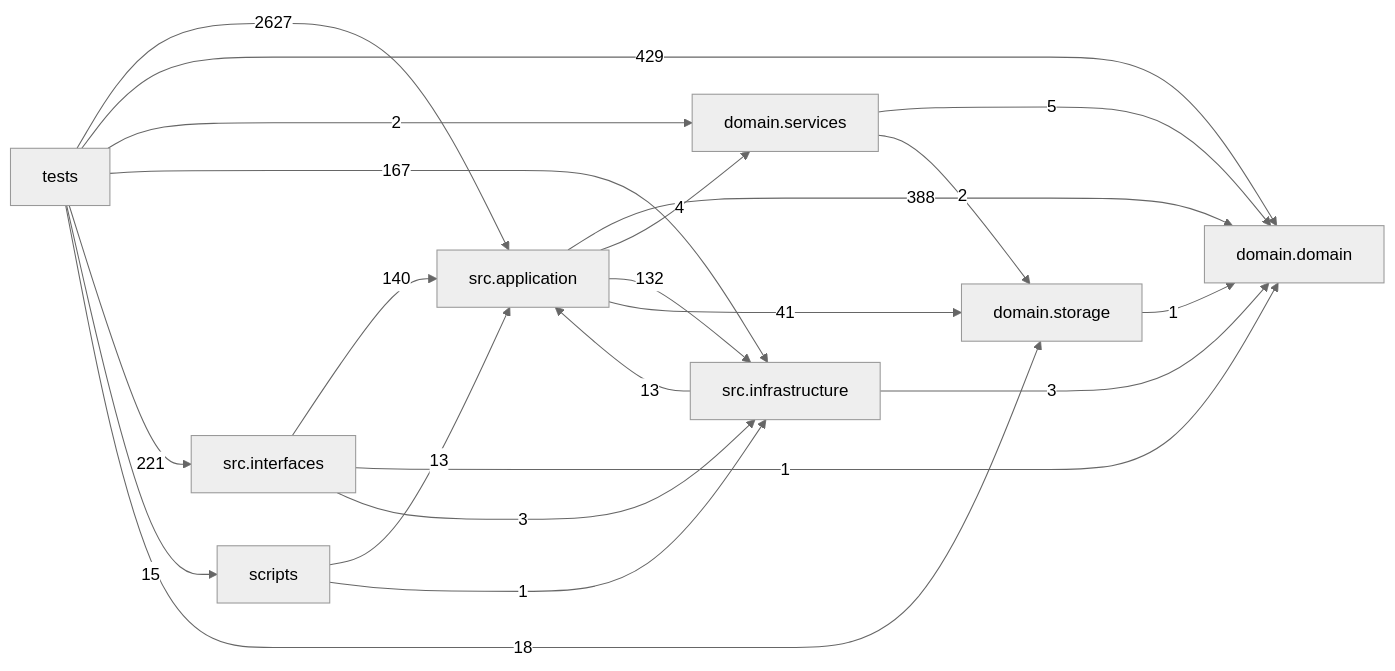
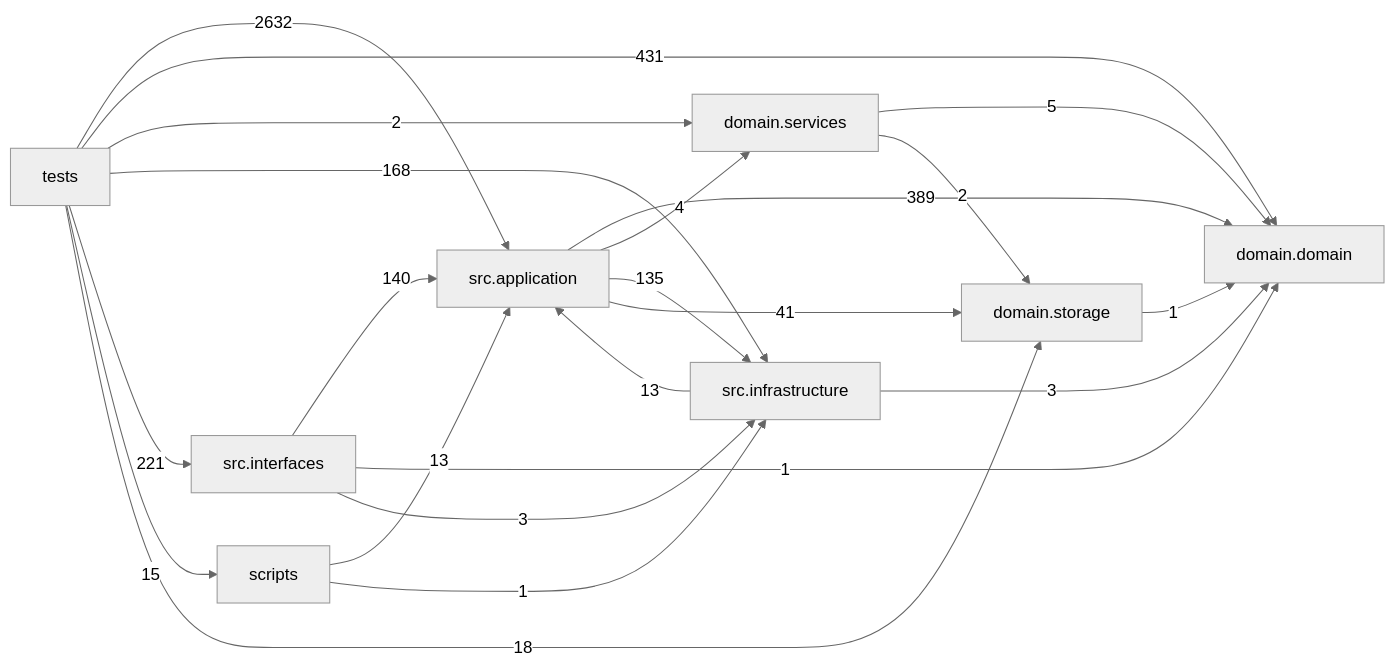
The diagram in docs/DEPENDENCY_GRAPH.md (liuxie066/options-monitor), drawn with Mermaid (neutral theme) before and after one commit. The commit also changed other lines of this file and 12 other files, not shown here.

````diff
--- a/docs/DEPENDENCY_GRAPH.md
+++ b/docs/DEPENDENCY_GRAPH.md
@@ -24,32 +24,32 @@
 ```mermaid
 flowchart LR
   tests["tests"]
   scripts["scripts"]
   interfaces["src.interfaces"]
   application["src.application"]
   infrastructure["src.infrastructure"]
   domain_services["domain.services"]
   domain["domain.domain"]
   storage["domain.storage"]
-  application -->|388| domain
+  application -->|389| domain
   application -->|4| domain_services
-  application -->|132| infrastructure
+  application -->|135| infrastructure
   application -->|41| storage
   domain_services -->|5| domain
   domain_services -->|2| storage
   infrastructure -->|13| application
   infrastructure -->|3| domain
   interfaces -->|140| application
   interfaces -->|1| domain
   interfaces -->|3| infrastructure
   scripts -->|13| application
   scripts -->|1| infrastructure
   storage -->|1| domain
-  tests -->|2627| application
-  tests -->|429| domain
+  tests -->|2632| application
+  tests -->|431| domain
   tests -->|2| domain_services
-  tests -->|167| infrastructure
+  tests -->|168| infrastructure
   tests -->|221| interfaces
   tests -->|15| scripts
   tests -->|18| storage
 ```
````
